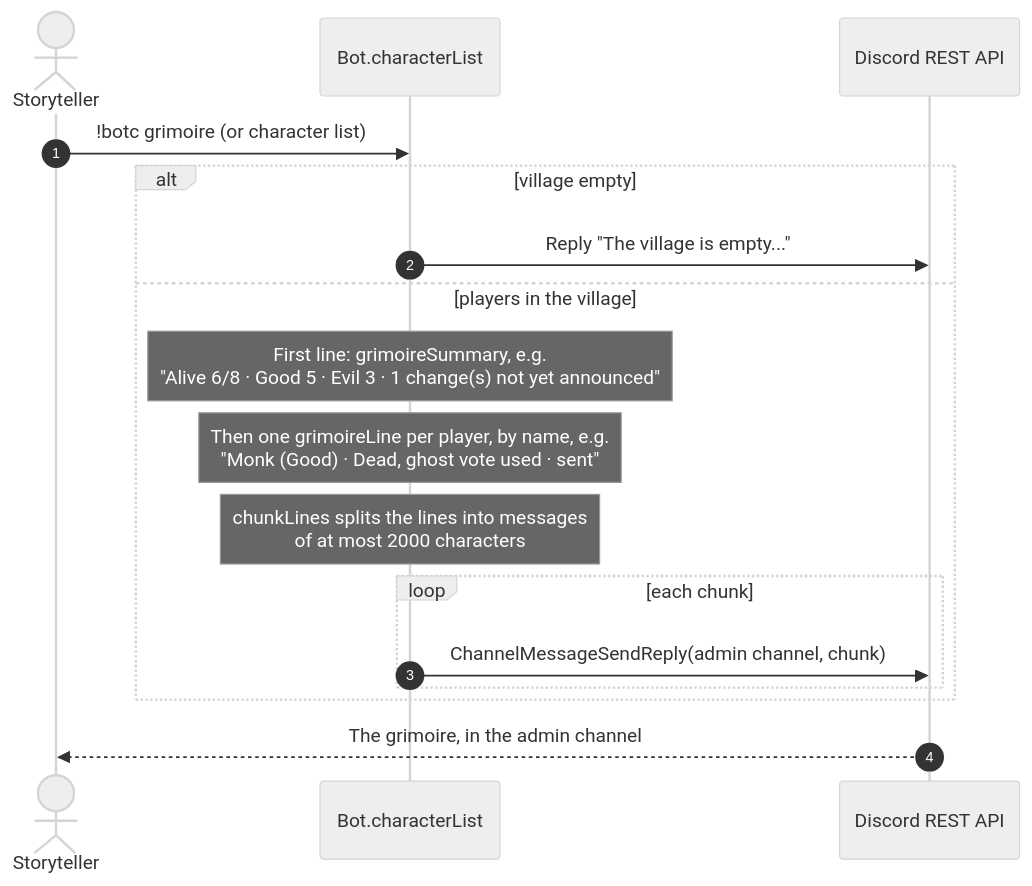
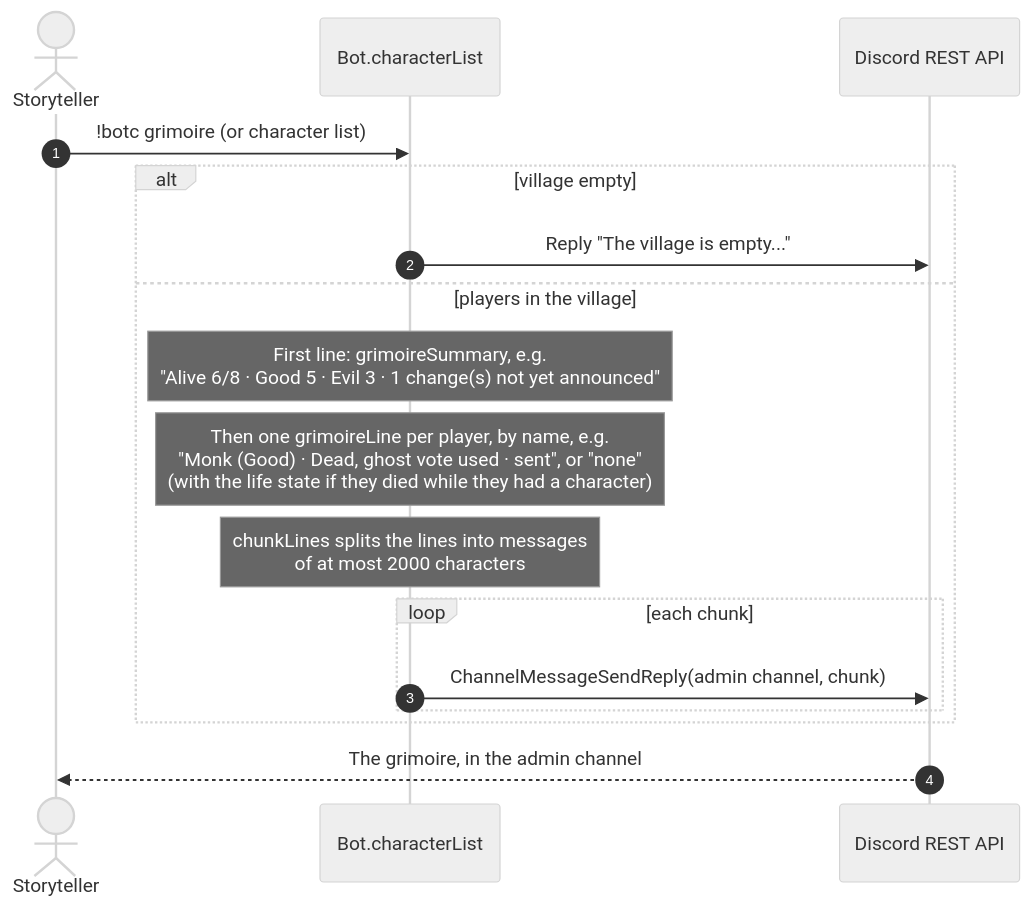
The eighth of 9 diagrams in docs/uml/characters.md (RAGNOARAKNOS/BotOnTheClocktower), drawn with Mermaid (neutral theme) before and after one commit. The commit also changed other lines of this file and 32 other files, not shown here.

````diff
--- a/docs/uml/characters.md
+++ b/docs/uml/characters.md
@@ -209,20 +208,20 @@
 ```mermaid
 sequenceDiagram
     autonumber
     actor ST as Storyteller
     participant Bot as Bot.characterList
     participant REST as Discord REST API
 
     ST->>Bot: !botc grimoire (or character list)
     alt village empty
         Bot->>REST: Reply "The village is empty..."
     else players in the village
         Note over Bot: First line: grimoireSummary, e.g.<br/>"Alive 6/8 · Good 5 · Evil 3 · 1 change(s) not yet announced"
-        Note over Bot: Then one grimoireLine per player, by name, e.g.<br/>"Monk (Good) · Dead, ghost vote used · sent"
+        Note over Bot: Then one grimoireLine per player, by name, e.g.<br/>"Monk (Good) · Dead, ghost vote used · sent", or "none"<br/>(with the life state if they died while they had a character)
         Note over Bot: chunkLines splits the lines into messages<br/>of at most 2000 characters
         loop each chunk
             Bot->>REST: ChannelMessageSendReply(admin channel, chunk)
         end
     end
     REST-->>ST: The grimoire, in the admin channel
 ```
````
